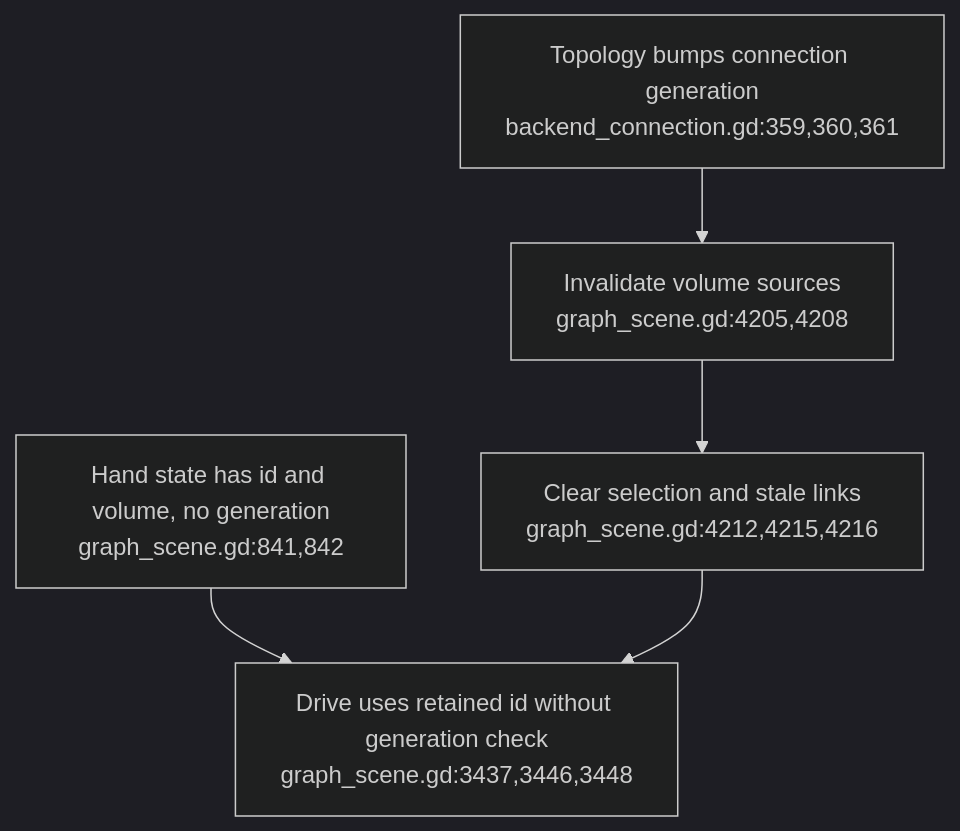
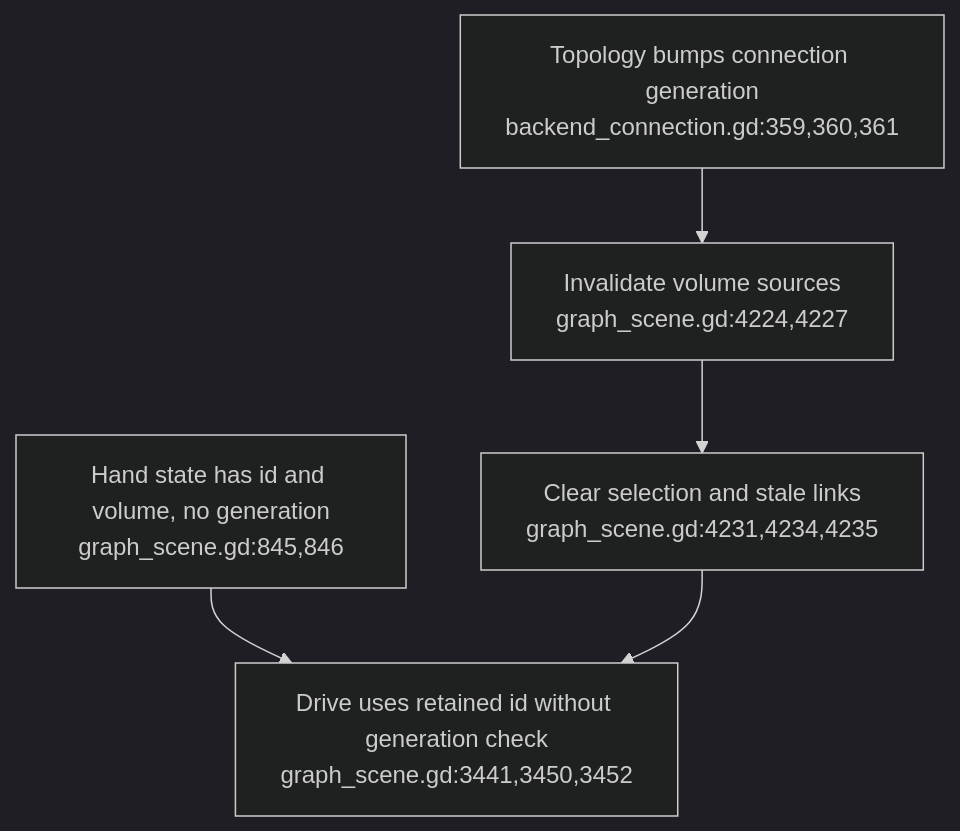
One commit to DreamLab-AI/VisionFlow changed the second of 6 diagrams in docs/diagrams/visionclaw/53-xr-grab-lifetimes-and-input.md. Above: the diagram before and after it, drawn with Mermaid (dark theme). The commit also changed other lines of this file and 173 other files, not shown here.

````diff
--- a/docs/diagrams/visionclaw/53-xr-grab-lifetimes-and-input.md
+++ b/docs/diagrams/visionclaw/53-xr-grab-lifetimes-and-input.md
@@ -40,7 +40,7 @@
 ```mermaid
 flowchart TD
-    GEN["Topology bumps connection generation<br/>backend_connection.gd:359,360,361"] --> SOURCE["Invalidate volume sources<br/>graph_scene.gd:4205,4208"]
-    SOURCE --> CLEAR["Clear selection and stale links<br/>graph_scene.gd:4212,4215,4216"]
-    HOLD["Hand state has id and volume, no generation<br/>graph_scene.gd:841,842"] --> UPDATE["Drive uses retained id without generation check<br/>graph_scene.gd:3437,3446,3448"]
+    GEN["Topology bumps connection generation<br/>backend_connection.gd:359,360,361"] --> SOURCE["Invalidate volume sources<br/>graph_scene.gd:4224,4227"]
+    SOURCE --> CLEAR["Clear selection and stale links<br/>graph_scene.gd:4231,4234,4235"]
+    HOLD["Hand state has id and volume, no generation<br/>graph_scene.gd:845,846"] --> UPDATE["Drive uses retained id without generation check<br/>graph_scene.gd:3441,3450,3452"]
     CLEAR --> UPDATE
 ```
````
